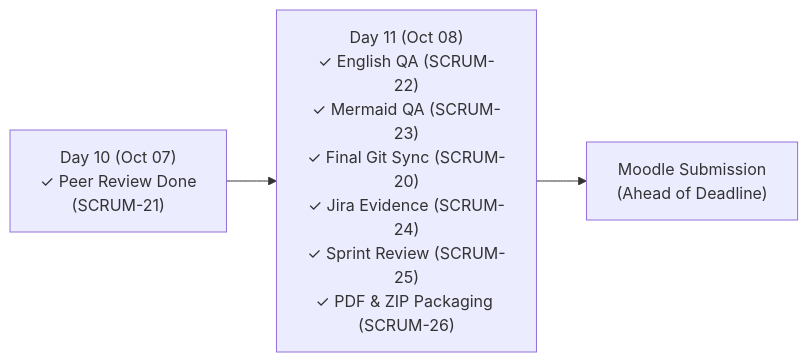
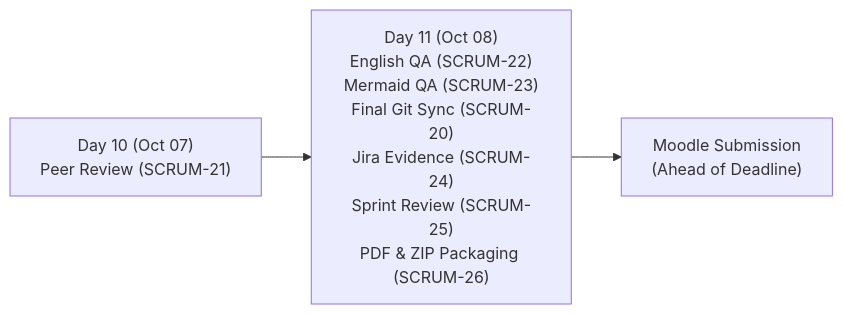
One commit to ThanhDu14/WikiCook changed the diagram in docs/management/reports/sprint-01/sprint-01-report.md. Above: the diagram before and after it, drawn with Mermaid. The commit also changed other lines of this file and 5 other files, not shown here.

````diff
--- a/docs/management/reports/sprint-01/sprint-01-report.md
+++ b/docs/management/reports/sprint-01/sprint-01-report.md
@@ -260,5 +323,5 @@
 ```mermaid
 flowchart LR
-    D10["Day 10 (Oct 07)\n✓ Peer Review Done\n(SCRUM-21)"] --> D11["Day 11 (Oct 08)\n✓ English QA (SCRUM-22)\n✓ Mermaid QA (SCRUM-23)\n✓ Final Git Sync (SCRUM-20)\n✓ Jira Evidence (SCRUM-24)\n✓ Sprint Review (SCRUM-25)\n✓ PDF & ZIP Packaging (SCRUM-26)"]
-    D11 --> Sub["Moodle Submission\n(Ahead of Deadline)"]
+    D10["Day 10 (Oct 07)<br/>Peer Review (SCRUM-21)"] --> D11["Day 11 (Oct 08)<br/>English QA (SCRUM-22)<br/>Mermaid QA (SCRUM-23)<br/>Final Git Sync (SCRUM-20)<br/>Jira Evidence (SCRUM-24)<br/>Sprint Review (SCRUM-25)<br/>PDF & ZIP Packaging (SCRUM-26)"]
+    D11 --> Sub["Moodle Submission<br/>(Ahead of Deadline)"]
 ```
````
